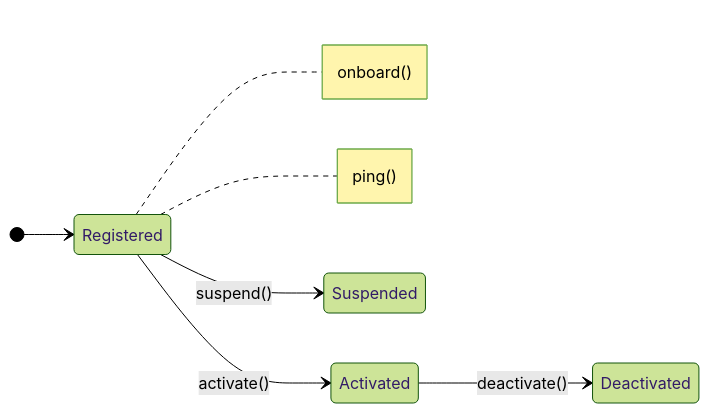
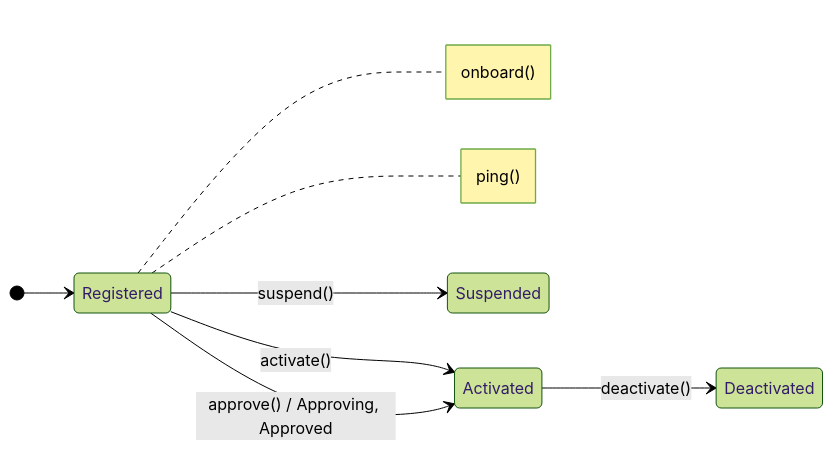
One commit to AryeoHQ/eloquent-state-machines changed the second of 2 diagrams in README.md. Above: the diagram before and after it, drawn with Mermaid (forest theme). The commit also changed other lines of this file and 44 other files, not shown here.

````diff
--- a/README.md
+++ b/README.md
@@ -436,10 +479,11 @@
 ```mermaid
 stateDiagram-v2
     direction LR
     [*] --> Registered
     note right of Registered: onboard()
     note right of Registered: ping()
     Registered --> Activated: activate()
+    Registered --> Activated: approve() / Approving, Approved
     Registered --> Suspended: suspend()
     Activated --> Deactivated: deactivate()
 ```
````
